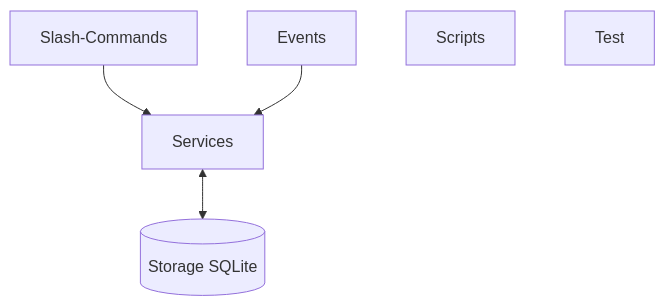
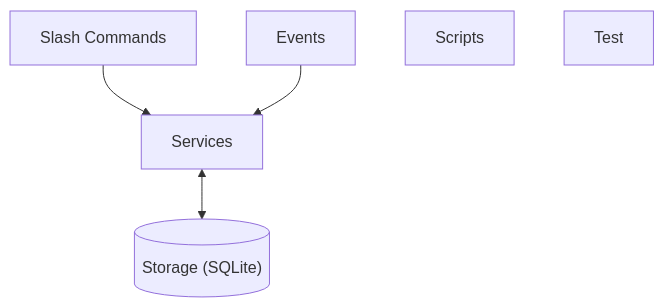
The first of 2 diagrams in docs/architecture.md (rfsjim/discord_pingbot), drawn with Mermaid before and after one commit. The commit also changed other lines of this file, not shown here.

Commit message:
Fix: Graph Layout

````diff
--- a/docs/architecture.md
+++ b/docs/architecture.md
@@ -3,8 +5,8 @@
 ```mermaid
 graph TD;
-	Slash-Commands-->Services;
-	Events-->Services;
-	Services<-->DB[(Storage SQLite)];
+	Commands["Slash Commands"] --> Services;
+	Events --> Services;
+	Services <--> DB[("Storage (SQLite)")];
 	Scripts;
 	Test;
 ```
````
